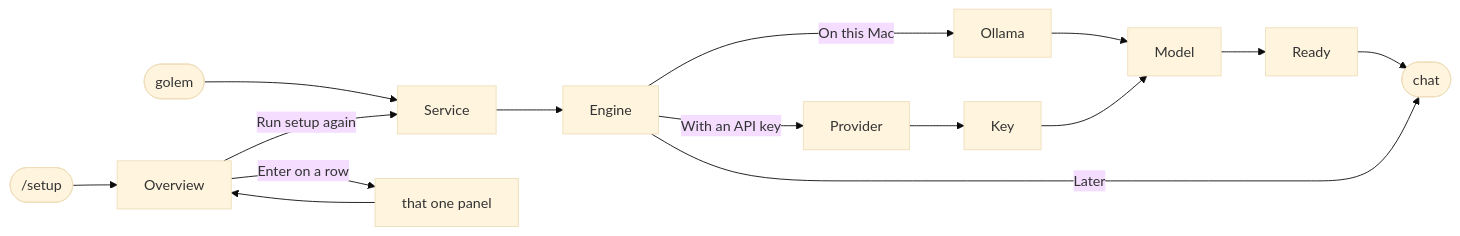
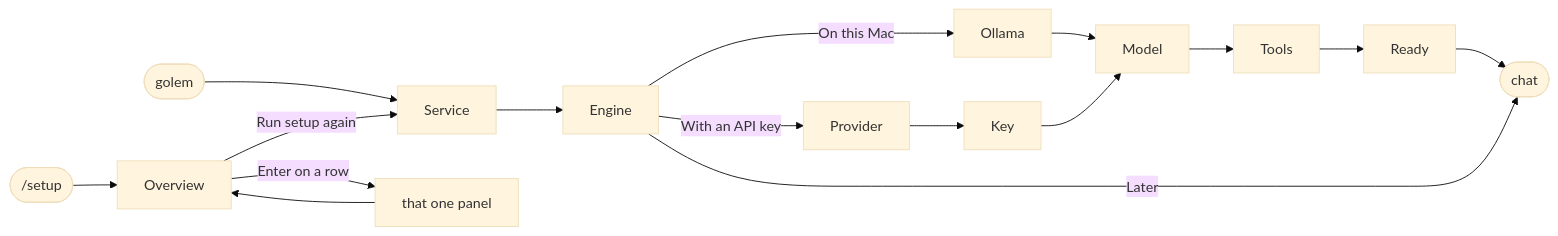
Before and after one commit to MilanPavel/golem: the diagram in docs/design/setup-window.md, drawn with Mermaid (base theme). The commit also changed other lines of this file and 25 other files, not shown here.

````diff
--- a/docs/design/setup-window.md
+++ b/docs/design/setup-window.md
@@ -9,14 +9,14 @@
 ```mermaid
 flowchart LR
   start(["golem"]) --> service["Service"]
   service --> engine["Engine"]
   engine -->|On this Mac| ollama["Ollama"]
   engine -->|With an API key| provider["Provider"] --> key["Key"]
   ollama --> model["Model"]
   key --> model
-  model --> ready["Ready"] --> chat(["chat"])
+  model --> tools["Tools"] --> ready["Ready"] --> chat(["chat"])
   engine -->|Later| chat
   setup(["/setup"]) --> overview["Overview"]
   overview -->|Enter on a row| one["that one panel"] --> overview
   overview -->|Run setup again| service
 ```
````
